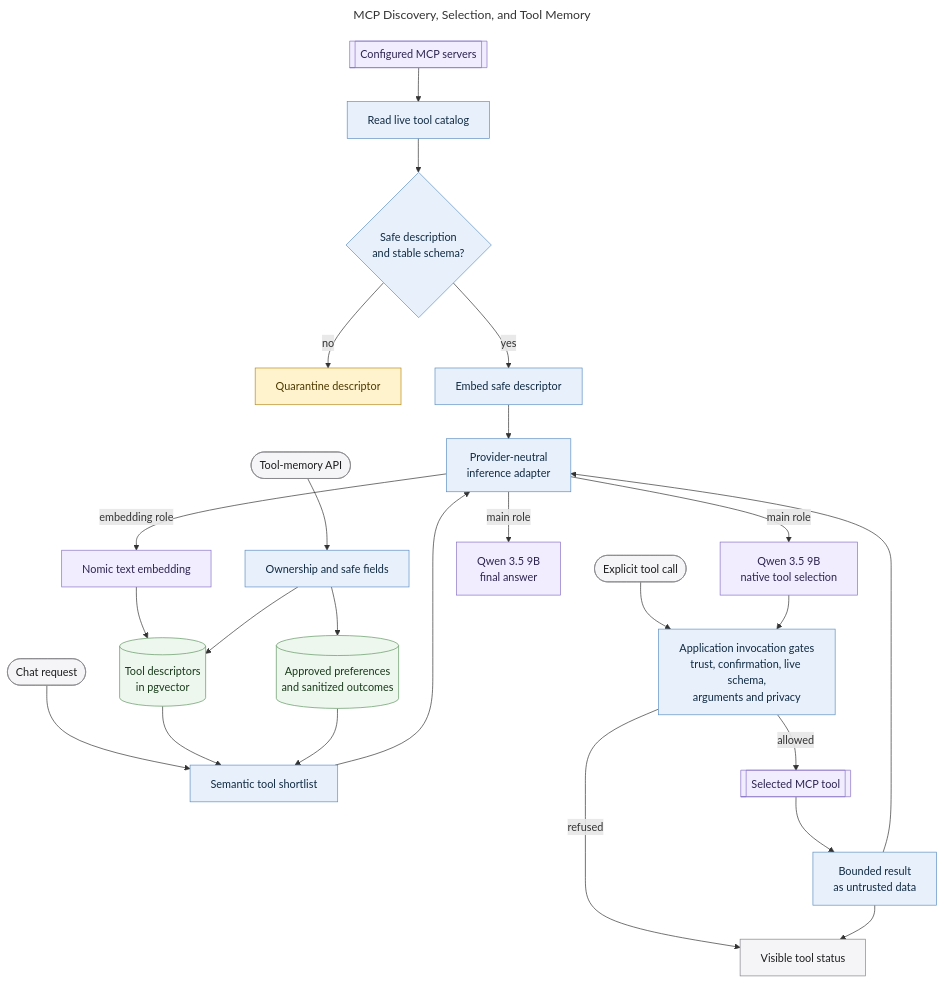
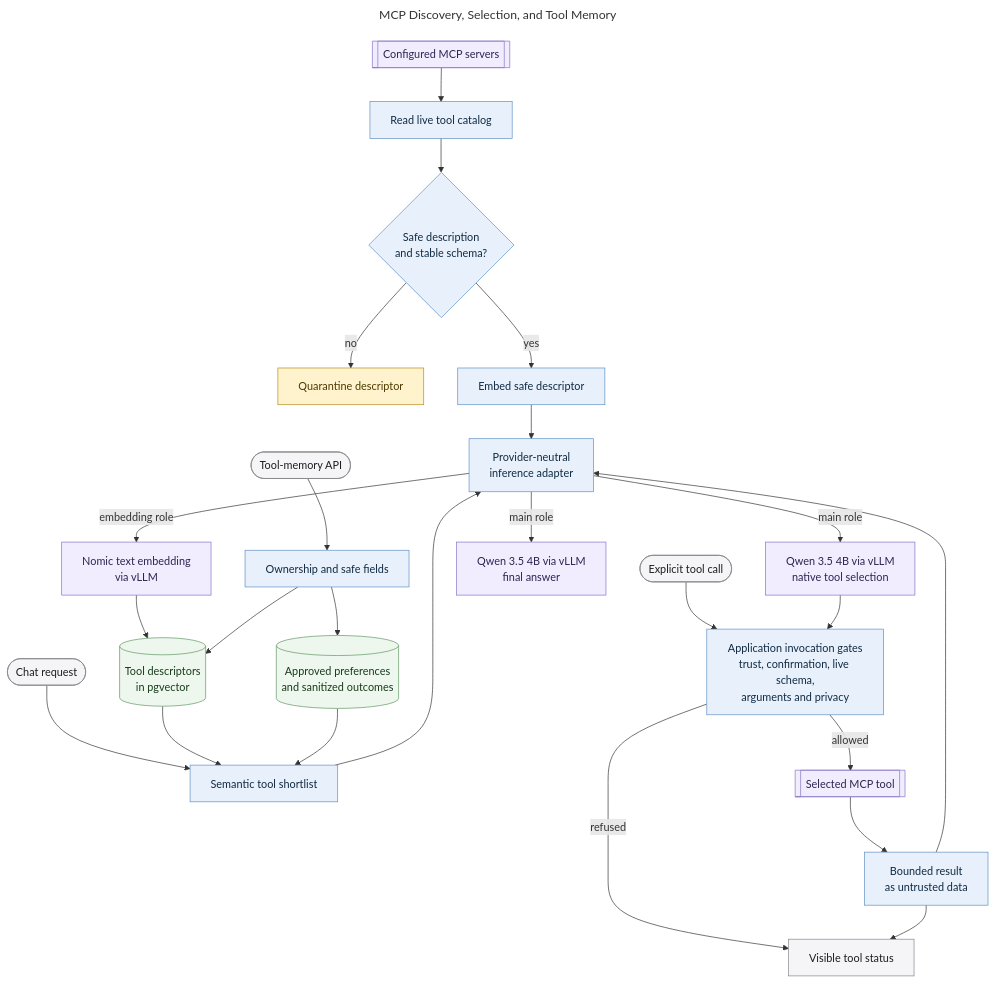
Before and after one commit to MallyaAni/PersonalAssistant: the diagram in docs/diagrams/tool-memory-subsystem.mmd, drawn with Mermaid. The commit also changed 41 other files, not shown here.

```diff
--- a/docs/diagrams/tool-memory-subsystem.mmd
+++ b/docs/diagrams/tool-memory-subsystem.mmd
@@ -1,41 +1,41 @@
 ---
 title: MCP Discovery, Selection, and Tool Memory
 ---
 flowchart TB
     Servers[[Configured MCP servers]] --> Discover[Read live tool catalog]
     Discover --> Inspect{Safe description<br/>and stable schema?}
     Inspect -->|no| Quarantine[Quarantine descriptor]
     Inspect -->|yes| Index[Embed safe descriptor]
     Index --> Inference[Provider-neutral<br/>inference adapter]
-    Inference -->|embedding role| Nomic[Nomic text embedding]
+    Inference -->|embedding role| Nomic[Nomic text embedding<br/>via vLLM]
     Nomic --> Store[(Tool descriptors<br/>in pgvector)]
 
     Chat([Chat request]) --> Shortlist[Semantic tool shortlist]
     Store --> Shortlist
     Preferences[(Approved preferences<br/>and sanitized outcomes)] --> Shortlist
     Shortlist --> Inference
-    Inference -->|main role| Select[Qwen 3.5 9B<br/>native tool selection]
+    Inference -->|main role| Select[Qwen 3.5 4B via vLLM<br/>native tool selection]
 
     Explicit([Explicit tool call]) --> Gates
     Select --> Gates[Application invocation gates<br/>trust, confirmation, live schema,<br/>arguments and privacy]
     Gates -->|allowed| Server[[Selected MCP tool]]
     Gates -->|refused| Status[Visible tool status]
     Server --> Result[Bounded result<br/>as untrusted data]
     Result --> Inference
-    Inference -->|main role| Answer[Qwen 3.5 9B<br/>final answer]
+    Inference -->|main role| Answer[Qwen 3.5 4B via vLLM<br/>final answer]
     Result --> Status
 
     MemoryAPI([Tool-memory API]) --> Validate[Ownership and safe fields]
     Validate --> Preferences
     Validate --> Store
 
     classDef interface fill:#f5f5f7,stroke:#86868b,color:#1d1d1f;
     classDef application fill:#e8f1fb,stroke:#5e8fc4,color:#102a43;
     classDef data fill:#eef7ee,stroke:#5f9562,color:#183b1b;
     classDef external fill:#f1edff,stroke:#8872c6,color:#2e2450;
     classDef warning fill:#fff3cd,stroke:#b78b20,color:#4d3900;
     class Chat,Explicit,MemoryAPI,Status interface;
     class Discover,Inspect,Index,Shortlist,Inference,Gates,Result,Validate application;
     class Store,Preferences data;
     class Servers,Server,Nomic,Select,Answer external;
     class Quarantine warning;
```
